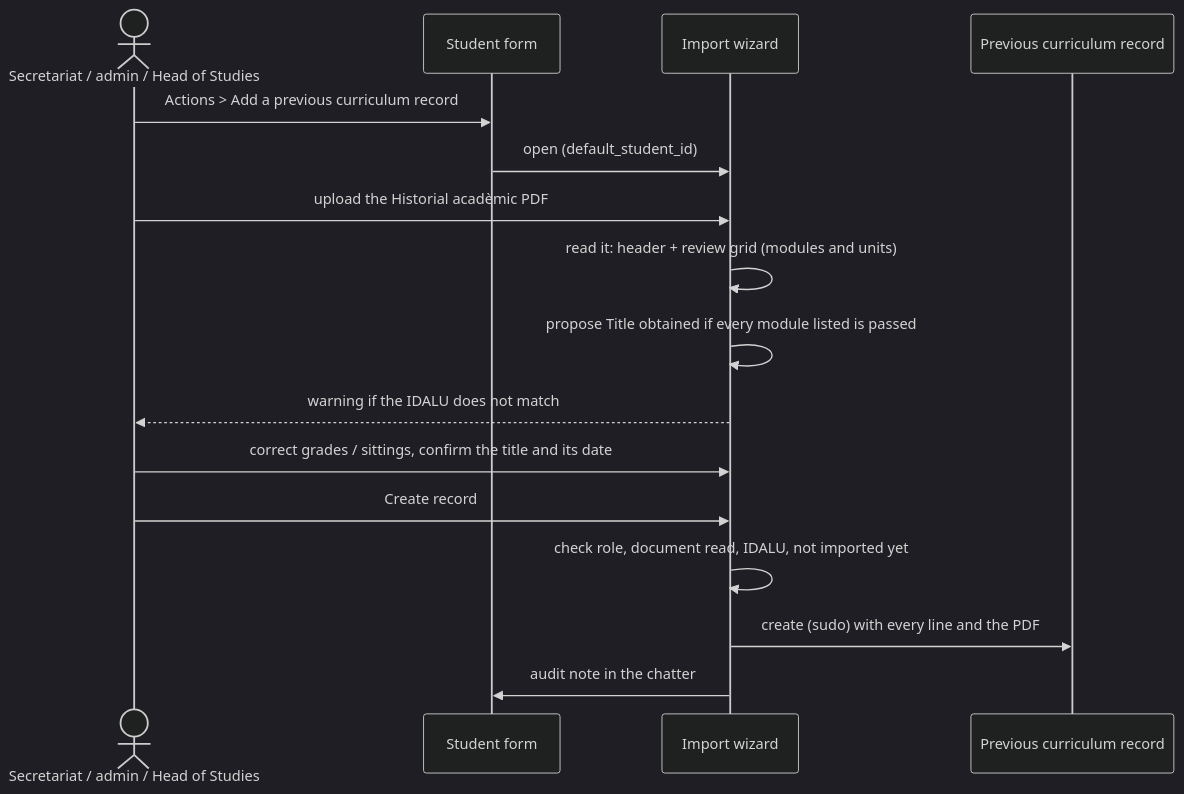
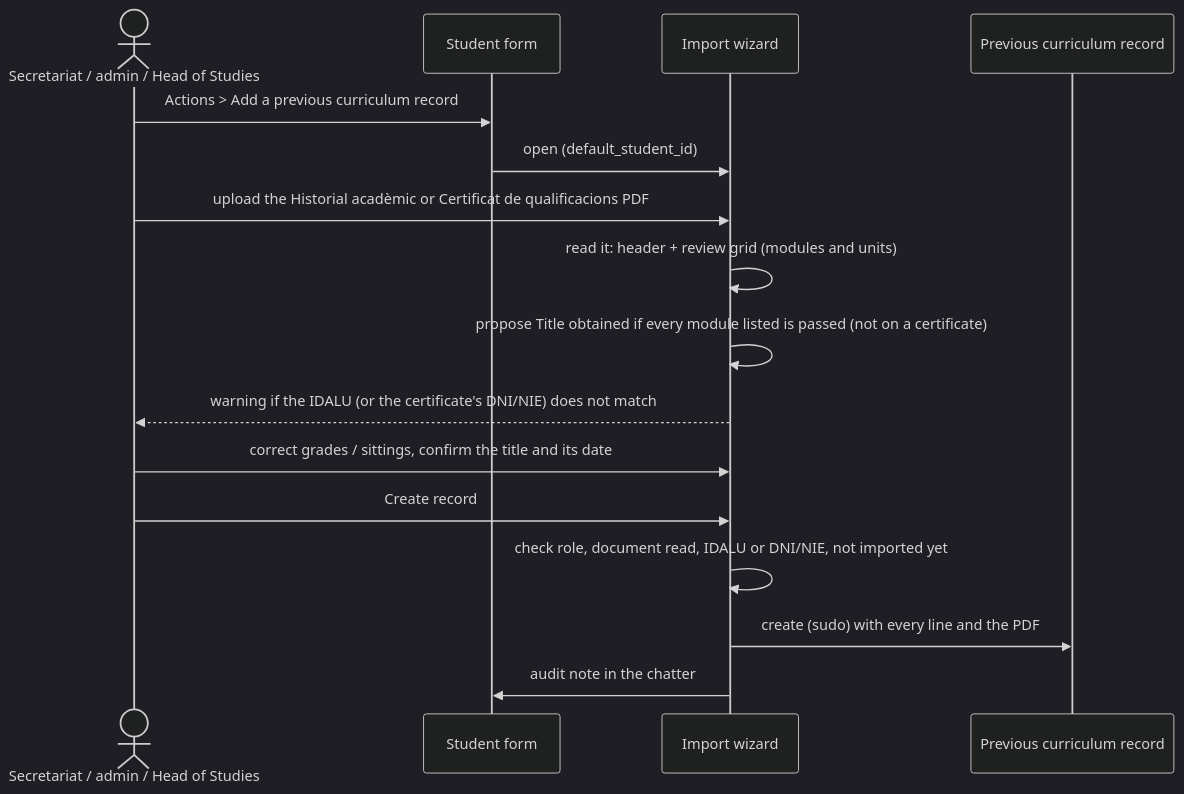
Before and after one commit to ElPuig/EMS: the second of 2 diagrams in docs/en/developers/grades/previous_curriculum_record.md, drawn with Mermaid (dark theme). The commit also changed other lines of this file and 162 other files, not shown here.

````diff
--- a/docs/en/developers/grades/previous_curriculum_record.md
+++ b/docs/en/developers/grades/previous_curriculum_record.md
@@ -94,18 +105,18 @@
 ```mermaid
 sequenceDiagram
     actor S as Secretariat / admin / Head of Studies
     participant P as Student form
     participant W as Import wizard
     participant R as Previous curriculum record
     S->>P: Actions > Add a previous curriculum record
     P->>W: open (default_student_id)
-    S->>W: upload the Historial acadèmic PDF
+    S->>W: upload the Historial acadèmic or Certificat de qualificacions PDF
     W->>W: read it: header + review grid (modules and units)
-    W->>W: propose Title obtained if every module listed is passed
-    W-->>S: warning if the IDALU does not match
+    W->>W: propose Title obtained if every module listed is passed (not on a certificate)
+    W-->>S: warning if the IDALU (or the certificate's DNI/NIE) does not match
     S->>W: correct grades / sittings, confirm the title and its date
     S->>W: Create record
-    W->>W: check role, document read, IDALU, not imported yet
+    W->>W: check role, document read, IDALU or DNI/NIE, not imported yet
     W->>R: create (sudo) with every line and the PDF
     W->>P: audit note in the chatter
 ```
````
